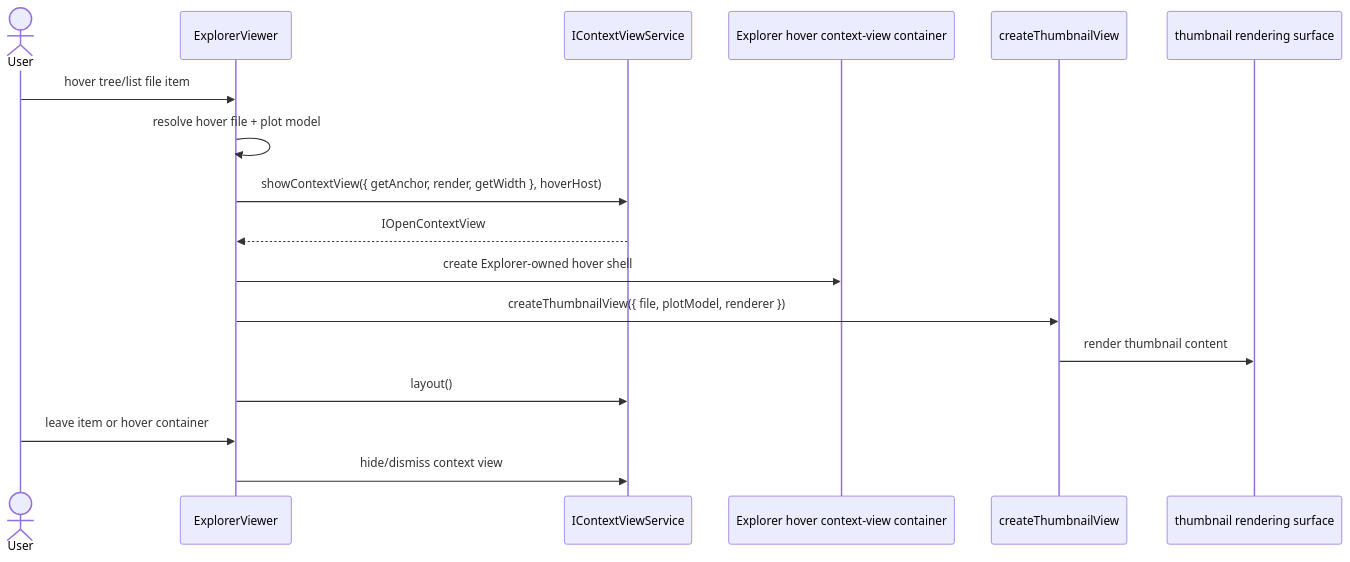
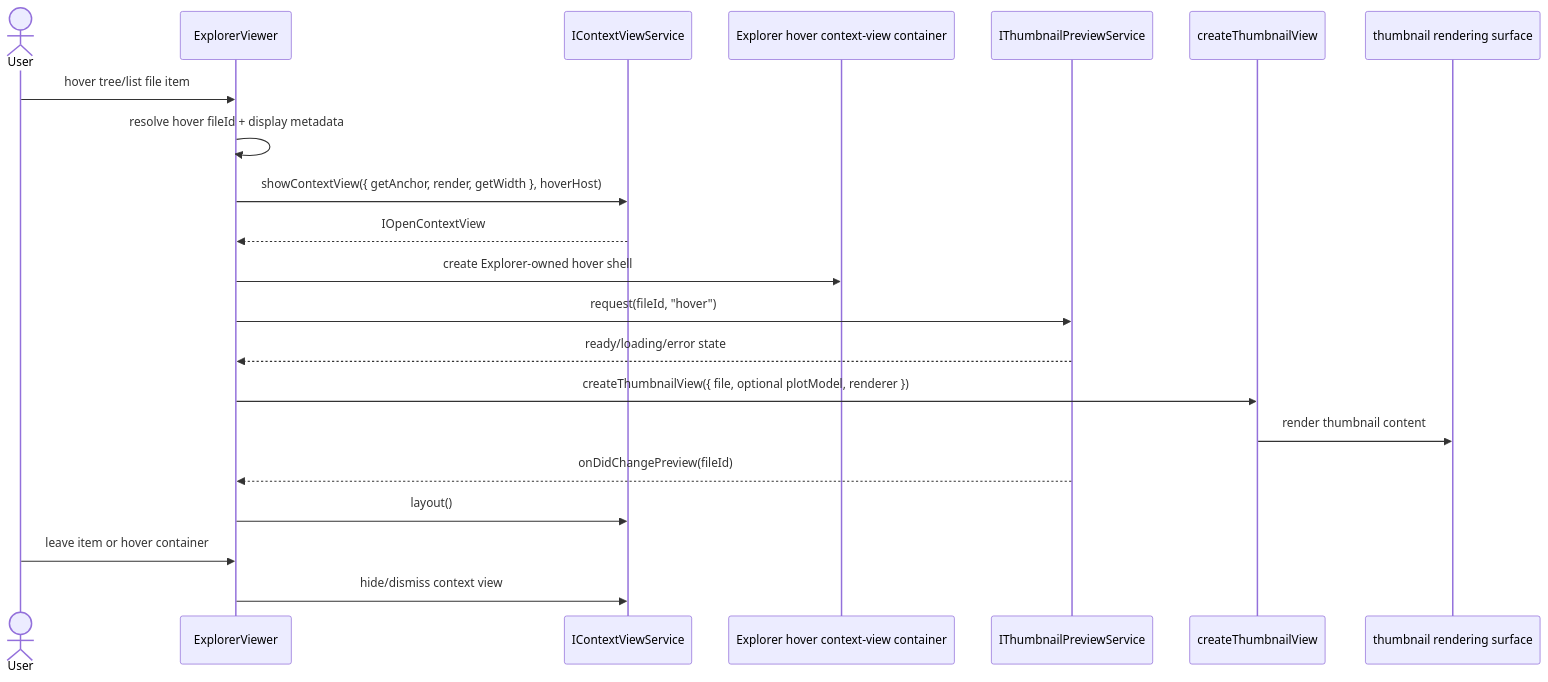
Before and after one commit to chogng/conductor: the sixth of 6 diagrams in .github/instructions/thumbnail.instructions.md, drawn with Mermaid. The commit also changed other lines of this file and 16 other files, not shown here.

Commit message:
Project template apply and thumbnail preview state into Explorer

````diff
--- a/.github/instructions/thumbnail.instructions.md
+++ b/.github/instructions/thumbnail.instructions.md
@@ -182,20 +190,24 @@
 ```mermaid
 sequenceDiagram
     actor User
     participant ExplorerViewer
     participant ContextViewService as IContextViewService
     participant HoverContainer as Explorer hover context-view container
+    participant ThumbnailPreviewService as IThumbnailPreviewService
     participant ThumbnailView as createThumbnailView
     participant ThumbnailRenderer as thumbnail rendering surface
 
     User->>ExplorerViewer: hover tree/list file item
-    ExplorerViewer->>ExplorerViewer: resolve hover file + plot model
+    ExplorerViewer->>ExplorerViewer: resolve hover fileId + display metadata
     ExplorerViewer->>ContextViewService: showContextView({ getAnchor, render, getWidth }, hoverHost)
     ContextViewService-->>ExplorerViewer: IOpenContextView
     ExplorerViewer->>HoverContainer: create Explorer-owned hover shell
-    ExplorerViewer->>ThumbnailView: createThumbnailView({ file, plotModel, renderer })
+    ExplorerViewer->>ThumbnailPreviewService: request(fileId, "hover")
+    ThumbnailPreviewService-->>ExplorerViewer: ready/loading/error state
+    ExplorerViewer->>ThumbnailView: createThumbnailView({ file, optional plotModel, renderer })
     ThumbnailView->>ThumbnailRenderer: render thumbnail content
+    ThumbnailPreviewService-->>ExplorerViewer: onDidChangePreview(fileId)
     ExplorerViewer->>ContextViewService: layout()
     User->>ExplorerViewer: leave item or hover container
     ExplorerViewer->>ContextViewService: hide/dismiss context view
 ```
````
